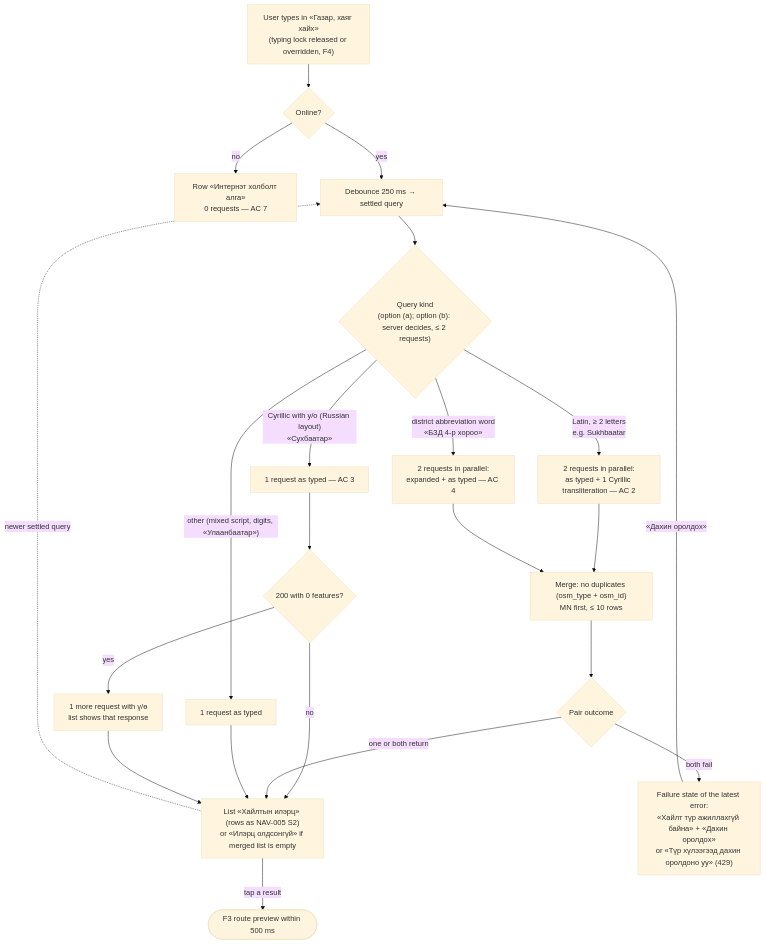
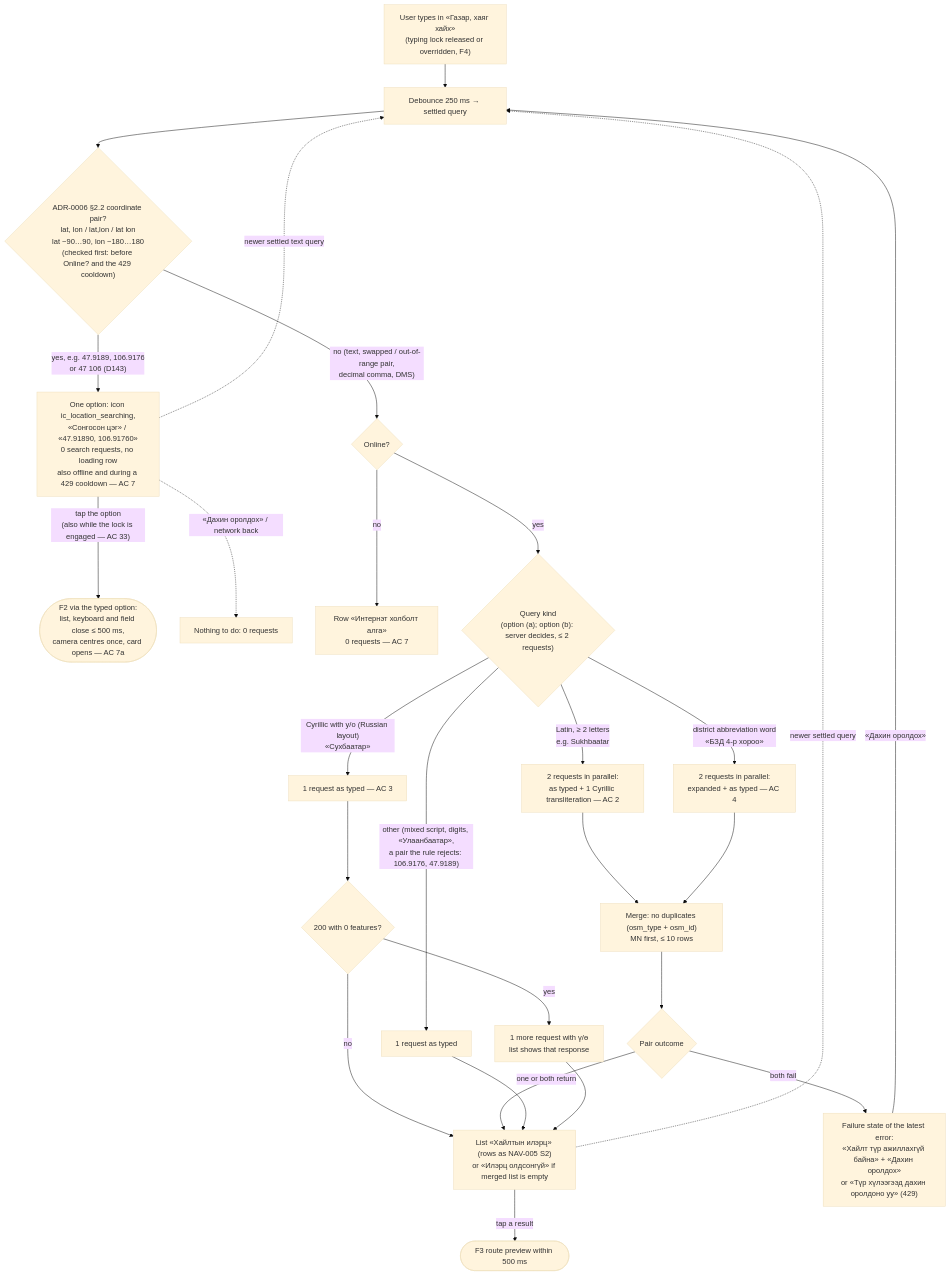
The first of 6 diagrams in docs/design/flows/NAV-011-android-route-preview-search-parity.md (Uranbold/test.github.io), drawn with Mermaid (base theme) before and after one commit. The commit also changed other lines of this file and 25 other files, not shown here.

First line of the commit message:
NAV-011 change (D140): Android typed coordinates show «Сонгосон цэг» with 0 search requests and open the coordinate card; AC 39 restored; light QA 428 tests green

````diff
--- a/docs/design/flows/NAV-011-android-route-preview-search-parity.md
+++ b/docs/design/flows/NAV-011-android-route-preview-search-parity.md
@@ -16,24 +17,29 @@
 ```mermaid
 flowchart TD
-    T["User types in «Газар, хаяг хайх»<br/>(typing lock released or overridden, F4)"] --> D{"Online?"}
+    T["User types in «Газар, хаяг хайх»<br/>(typing lock released or overridden, F4)"] --> DB["Debounce 250 ms → settled query"]
+    DB --> C{"ADR-0006 §2.2 coordinate pair?<br/>lat, lon / lat,lon / lat lon<br/>lat −90…90, lon −180…180<br/>(checked first: before Online? and the 429 cooldown)"}
+    C -- "yes, e.g. 47.9189, 106.9176<br/>or 47 106 (D143)" --> CO["One option: icon ic_location_searching,<br/>«Сонгосон цэг» / «47.91890, 106.91760»<br/>0 search requests, no loading row<br/>also offline and during a 429 cooldown — AC 7"]
+    CO -- "tap the option<br/>(also while the lock is engaged — AC 33)" --> SEL(["F2 via the typed option:<br/>list, keyboard and field close ≤ 500 ms,<br/>camera centres once, card opens — AC 7a"])
+    CO -. "«Дахин оролдох» / network back" .-> CO0["Nothing to do: 0 requests"]
+    CO -. "newer settled text query" .-> DB
+    C -- "no (text, swapped / out-of-range pair,<br/>decimal comma, DMS)" --> D{"Online?"}
     D -- no --> OFF["Row «Интернэт холболт алга»<br/>0 requests — AC 7"]
-    D -- yes --> DB["Debounce 250 ms → settled query"]
-    DB --> K{"Query kind<br/>(option (a); option (b): server decides, ≤ 2 requests)"}
+    D -- yes --> K{"Query kind<br/>(option (a); option (b): server decides, ≤ 2 requests)"}
     K -- "Latin, ≥ 2 letters<br/>e.g. Sukhbaatar" --> LA["2 requests in parallel:<br/>as typed + 1 Cyrillic transliteration — AC 2"]
     K -- "district abbreviation word<br/>«БЗД 4-р хороо»" --> AB["2 requests in parallel:<br/>expanded + as typed — AC 4"]
     K -- "Cyrillic with у/о (Russian layout)<br/>«Сухбаатар»" --> RU["1 request as typed — AC 3"]
-    K -- "other (mixed script, digits, «Улаанбаатар»)" --> ONE["1 request as typed"]
+    K -- "other (mixed script, digits, «Улаанбаатар»,<br/>a pair the rule rejects: 106.9176, 47.9189)" --> ONE["1 request as typed"]
     RU --> R0{"200 with 0 features?"}
     R0 -- yes --> RU2["1 more request with ү/ө<br/>list shows that response"]
     R0 -- no --> LIST
     LA --> MG["Merge: no duplicates (osm_type + osm_id)<br/>MN first, ≤ 10 rows"]
     AB --> MG
     MG --> PAIR{"Pair outcome"}
     PAIR -- "both fail" --> FAIL["Failure state of the latest error:<br/>«Хайлт түр ажиллахгүй байна» + «Дахин оролдох»<br/>or «Түр хүлээгээд дахин оролдоно уу» (429)"]
     PAIR -- "one or both return" --> LIST["List «Хайлтын илэрц» (rows as NAV-005 S2)<br/>or «Илэрц олдсонгүй» if merged list is empty"]
     ONE --> LIST
     RU2 --> LIST
     LIST -- "tap a result" --> P(["F3 route preview within 500 ms"])
     LIST -. "newer settled query" .-> DB
     FAIL -- "«Дахин оролдох»" --> DB
 ```
````
